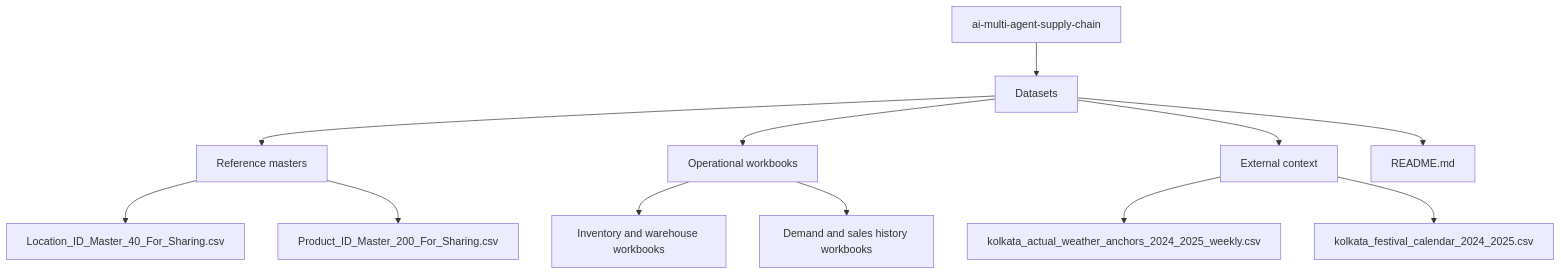
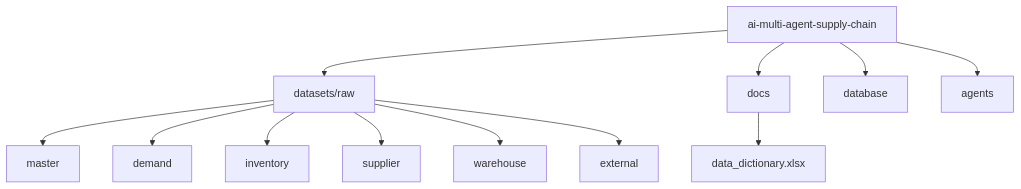
Before and after one commit to mondalsahil302-ui/ai-multi-agent-supply-chain: the second of 5 diagrams in README.md, drawn with Mermaid. The commit also changed other lines of this file, not shown here.

Commit message:
Document data foundation and datasets

````diff
--- a/README.md
+++ b/README.md
@@ -32,15 +46,14 @@
 ```mermaid
 flowchart TD
-	ROOT[ai-multi-agent-supply-chain] --> DATA[Datasets]
-	DATA --> MASTER[Reference masters]
-	DATA --> OPS[Operational workbooks]
-	DATA --> CONTEXT[External context]
-	DATA --> DOCS[README.md]
-
-	MASTER --> LOC[Location_ID_Master_40_For_Sharing.csv]
-	MASTER --> PROD[Product_ID_Master_200_For_Sharing.csv]
-	OPS --> INV[Inventory and warehouse workbooks]
-	OPS --> DEM[Demand and sales history workbooks]
-	CONTEXT --> WEATHER[kolkata_actual_weather_anchors_2024_2025_weekly.csv]
-	CONTEXT --> FEST[kolkata_festival_calendar_2024_2025.csv]
+	ROOT[ai-multi-agent-supply-chain] --> DATA[datasets/raw]
+	ROOT --> DOCS[docs]
+	ROOT --> DB[database]
+	ROOT --> AGENTS[agents]
+	DATA --> MASTER[master]
+	DATA --> DEM[demand]
+	DATA --> INV[inventory]
+	DATA --> SUP[supplier]
+	DATA --> WH[warehouse]
+	DATA --> EXT[external]
+	DOCS --> DI[data_dictionary.xlsx]
 ```
````
